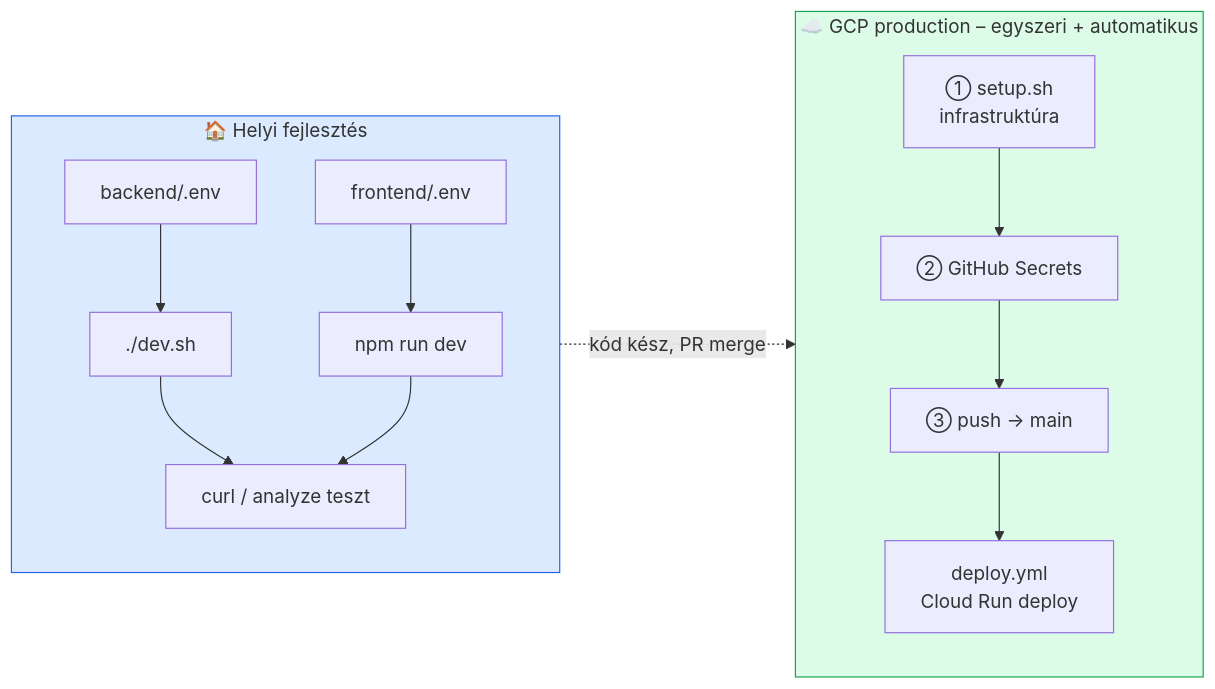
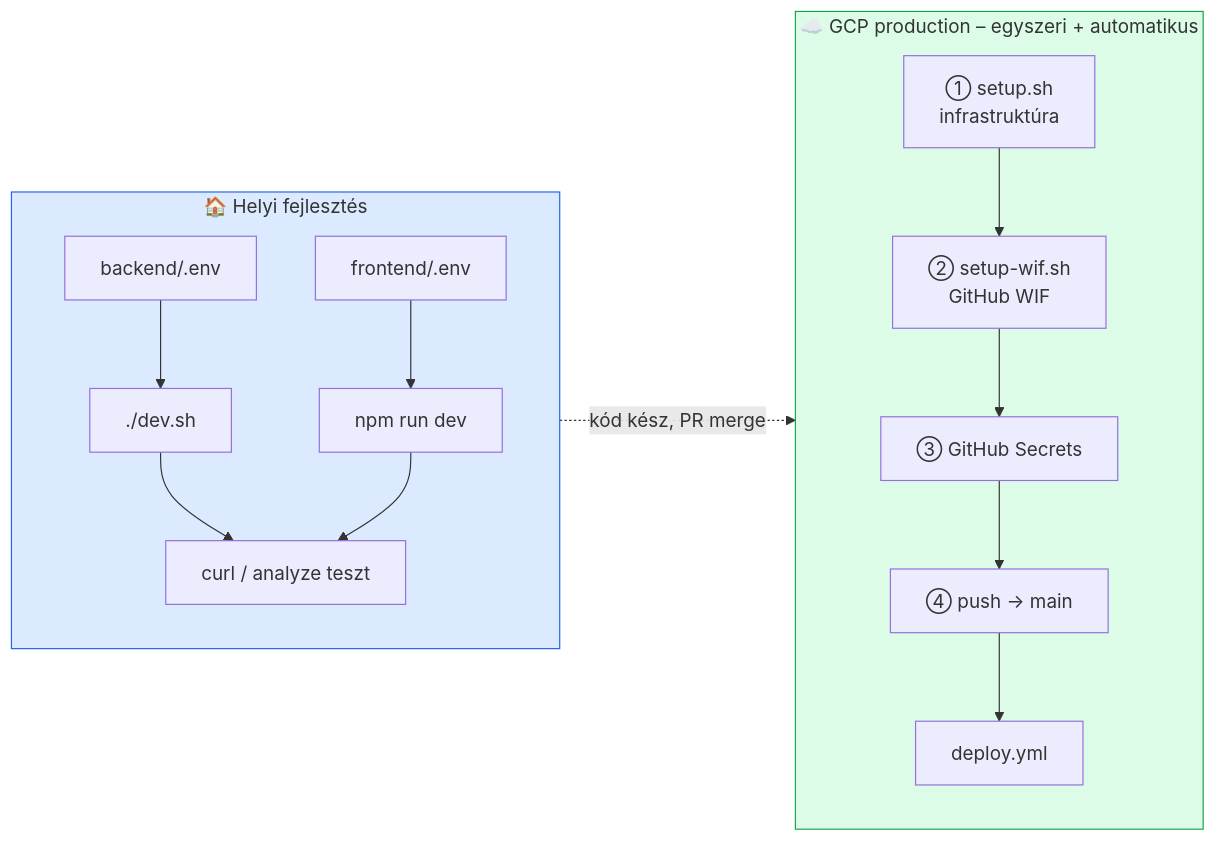
One commit to cloudsteak/trn-gcp-ai-contract-analyzer changed the third of 3 diagrams in README.md. Above: the diagram before and after it, drawn with Mermaid. The commit also changed other lines of this file and 4 other files, not shown here.

````diff
--- a/README.md
+++ b/README.md
@@ -208,22 +208,23 @@
 ```mermaid
 flowchart LR
     subgraph Local["🏠 Helyi fejlesztés"]
         L1["backend/.env"] --> L2["./dev.sh"]
         L3["frontend/.env"] --> L4["npm run dev"]
         L2 --> L5["curl / analyze teszt"]
         L4 --> L5
     end
 
     subgraph GCP["☁️ GCP production – egyszeri + automatikus"]
-        S1["① setup.sh<br/>infrastruktúra"] --> S2["② GitHub Secrets"]
-        S2 --> S3["③ push → main"]
-        S3 --> S4["deploy.yml<br/>Cloud Run deploy"]
+        S1["① setup.sh<br/>infrastruktúra"] --> S2["② setup-wif.sh<br/>GitHub WIF"]
+        S2 --> S3["③ GitHub Secrets"]
+        S3 --> S4["④ push → main"]
+        S4 --> S5["deploy.yml"]
     end
 
     Local -.->|"kód kész, PR merge"| GCP
 
     classDef local fill:#DBEAFE,stroke:#2563EB
     classDef gcp fill:#DCFCE7,stroke:#16A34A
     class Local local
     class GCP gcp
 ```
````
